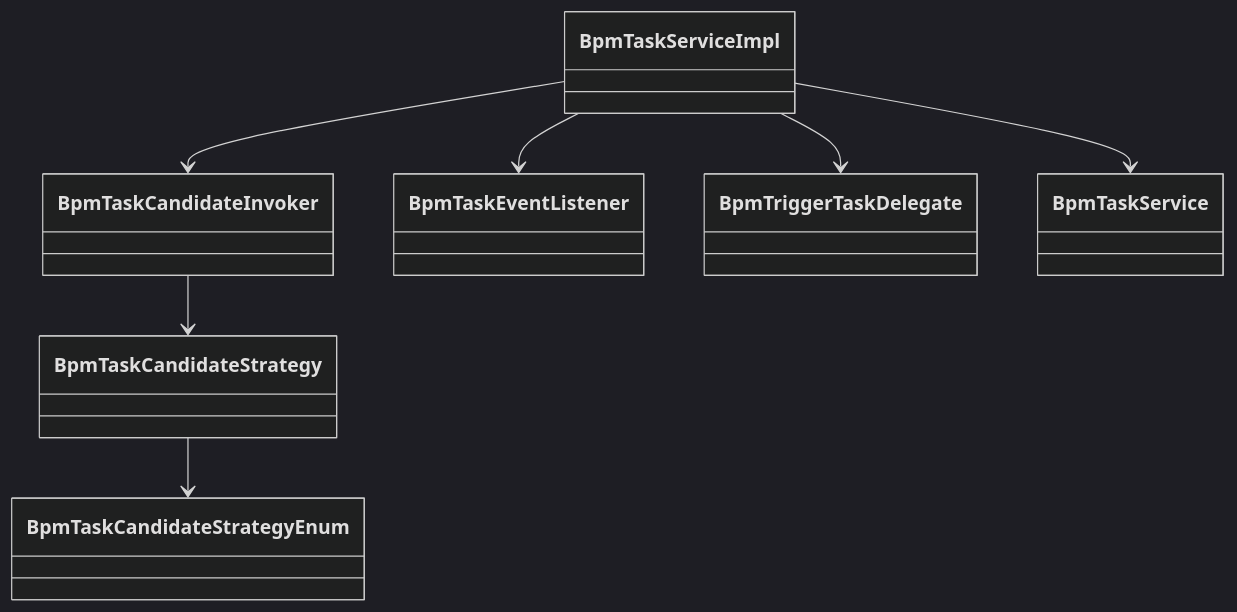
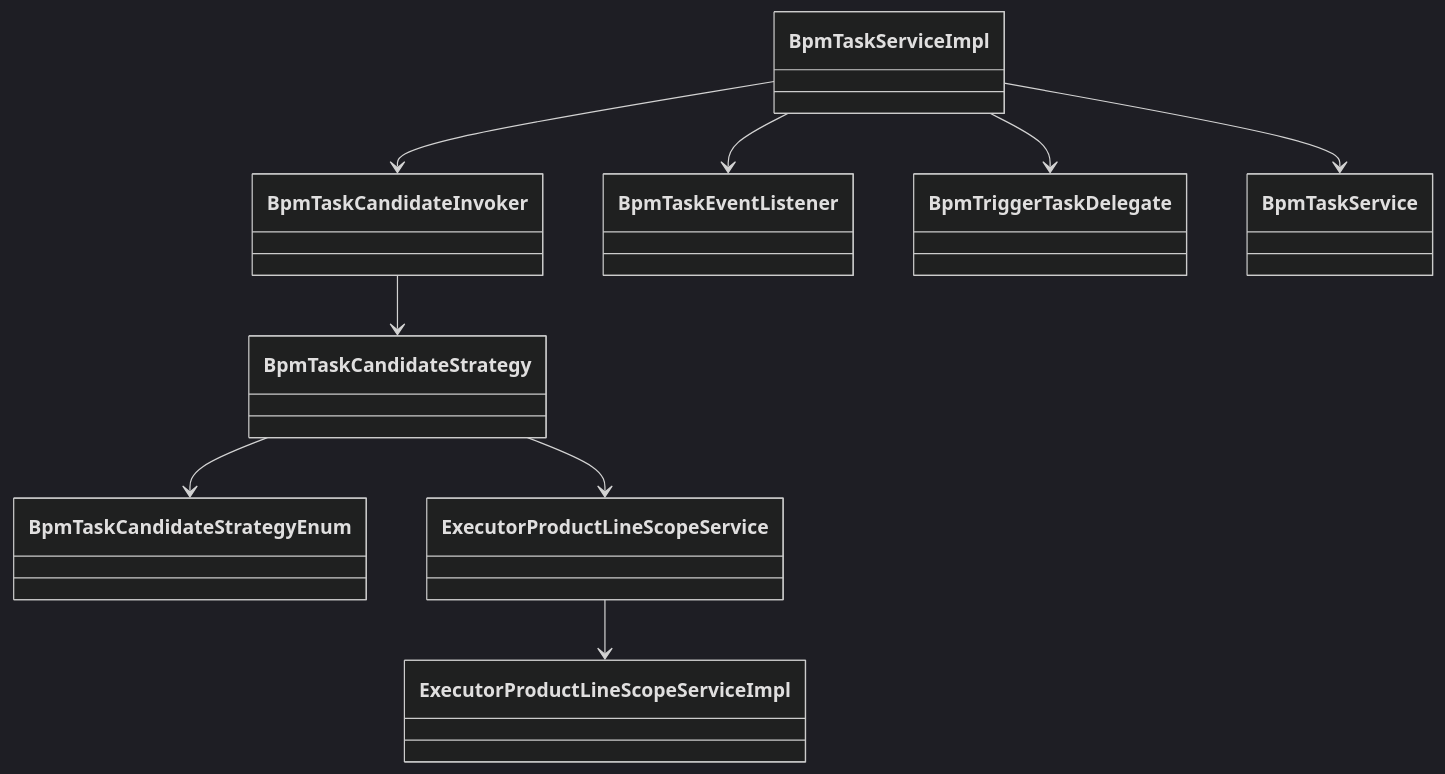
One commit to xiaoche80s-tech/rouyi-vue-pro changed the sixth of 13 diagrams in .qoder/repowiki/zh/content/核心模块/工作流模块/工作流模块.md. Above: the diagram before and after it, drawn with Mermaid (dark theme). The commit also changed other lines of this file and 977 other files, not shown here.

````diff
--- a/.qoder/repowiki/zh/content/核心模块/工作流模块/工作流模块.md
+++ b/.qoder/repowiki/zh/content/核心模块/工作流模块/工作流模块.md
@@ -260,16 +288,20 @@
 ```mermaid
 classDiagram
 class BpmTaskCandidateInvoker
 class BpmTaskCandidateStrategy
 class BpmTaskCandidateStrategyEnum
 class BpmTaskEventListener
 class BpmTriggerTaskDelegate
 class BpmTaskService
 class BpmTaskServiceImpl
+class ExecutorProductLineScopeService
+class ExecutorProductLineScopeServiceImpl
 BpmTaskServiceImpl --> BpmTaskService
 BpmTaskServiceImpl --> BpmTaskEventListener
 BpmTaskServiceImpl --> BpmTriggerTaskDelegate
 BpmTaskServiceImpl --> BpmTaskCandidateInvoker
 BpmTaskCandidateInvoker --> BpmTaskCandidateStrategy
 BpmTaskCandidateStrategy --> BpmTaskCandidateStrategyEnum
+BpmTaskCandidateStrategy --> ExecutorProductLineScopeService
+ExecutorProductLineScopeService --> ExecutorProductLineScopeServiceImpl
 ```
````
